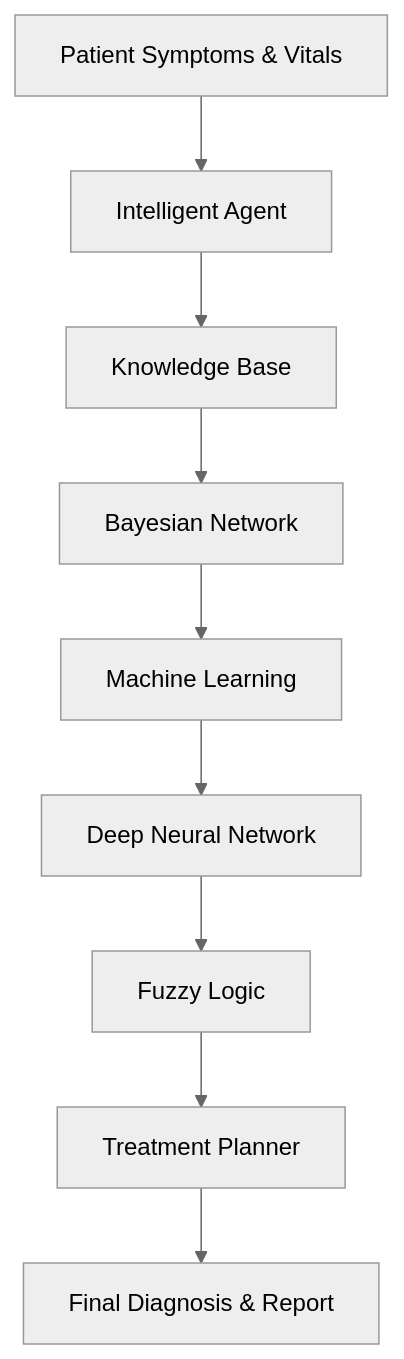
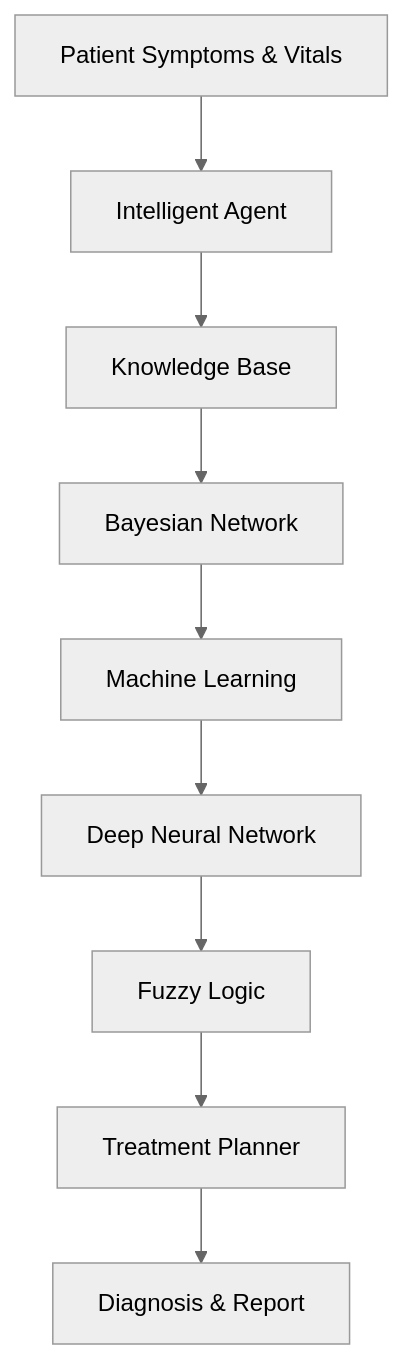
Before and after one commit to franklin-mk/ai-capstone: the diagram in README.md, drawn with Mermaid (neutral theme). The commit also changed other lines of this file, not shown here.

````diff
--- a/README.md
+++ b/README.md
@@ -99,21 +86,20 @@
 ```mermaid
 flowchart TD
 
 A[Patient Symptoms & Vitals]
-
-A --> B[Intelligent Agent]
+    --> B[Intelligent Agent]
 
 B --> C[Knowledge Base]
 
 C --> D[Bayesian Network]
 
 D --> E[Machine Learning]
 
 E --> F[Deep Neural Network]
 
 F --> G[Fuzzy Logic]
 
 G --> H[Treatment Planner]
 
-H --> I[Final Diagnosis & Report]
+H --> I[Diagnosis & Report]
 ```
````
